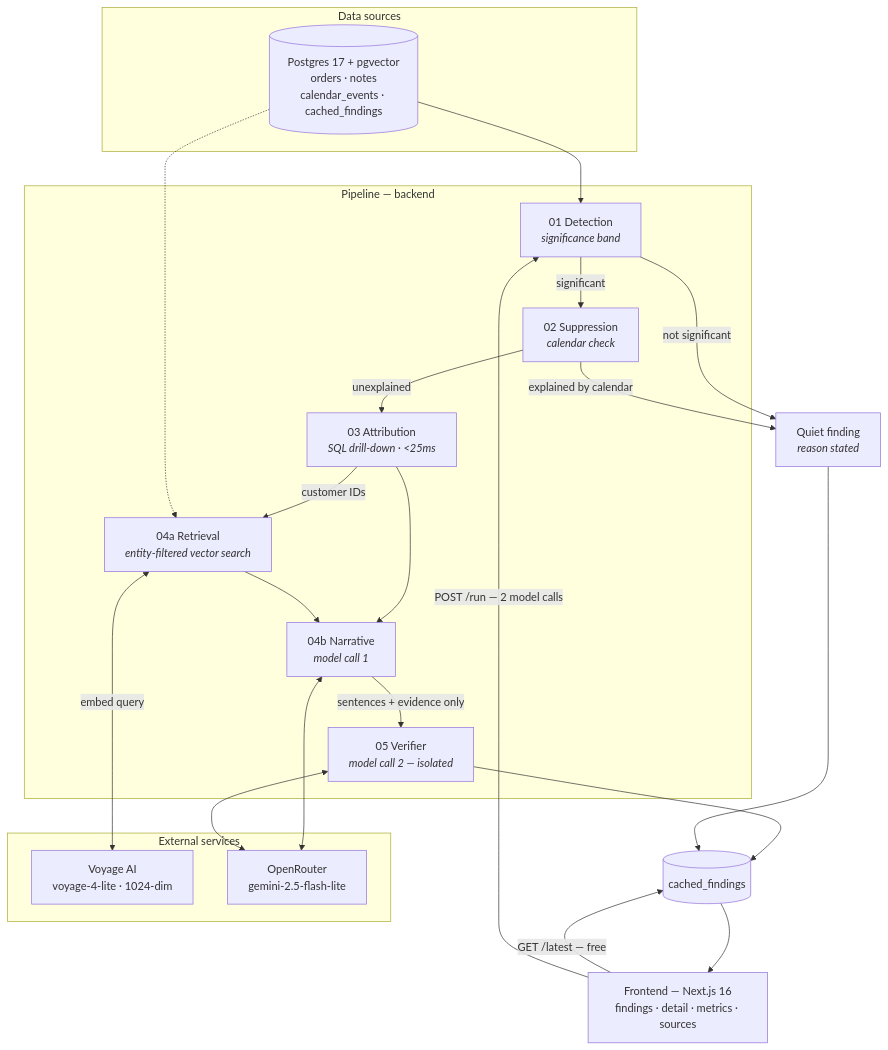
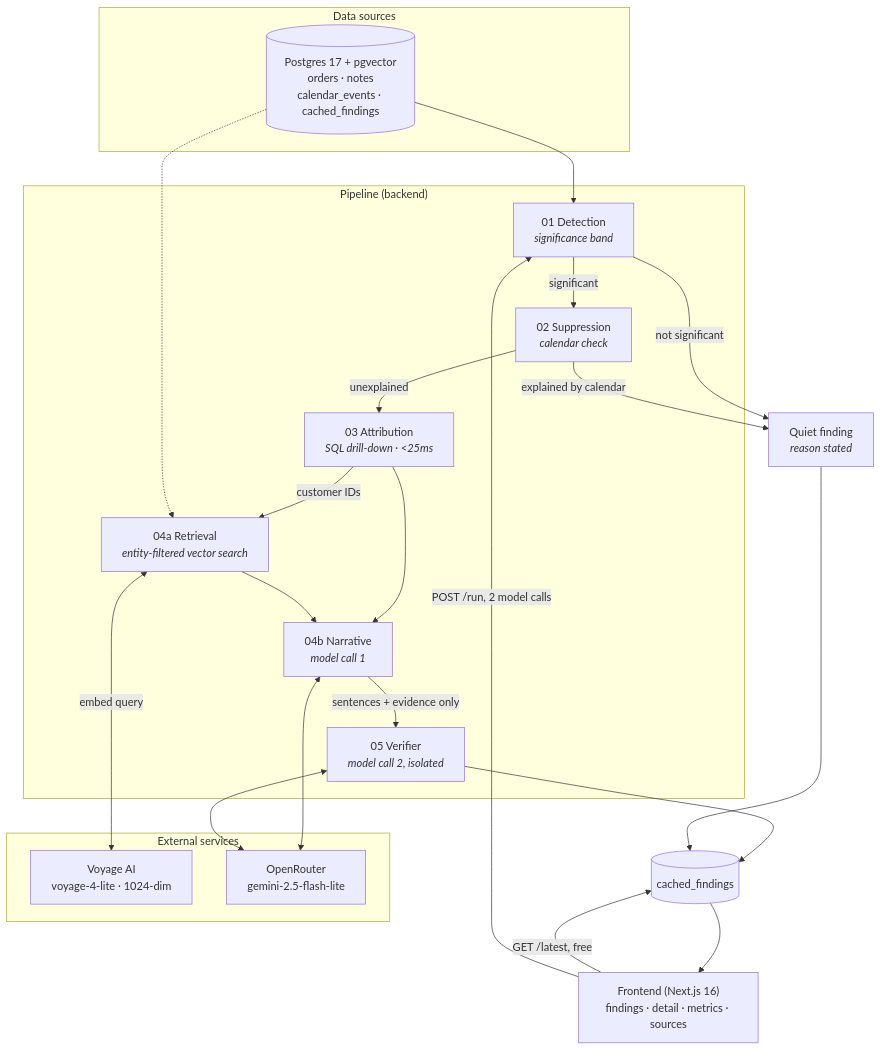
Before and after one commit to Because-ai/because.ai-backend: the diagram in README.md, drawn with Mermaid. The commit also changed other lines of this file, not shown here.

````diff
--- a/README.md
+++ b/README.md
@@ -114,41 +114,41 @@
 ```mermaid
 flowchart TD
     subgraph sources["Data sources"]
         PG[("Postgres 17 + pgvector<br/>orders · notes<br/>calendar_events · cached_findings")]
     end
 
-    subgraph pipeline["Pipeline — backend"]
+    subgraph pipeline["Pipeline (backend)"]
         D["01 Detection<br/><i>significance band</i>"]
         S["02 Suppression<br/><i>calendar check</i>"]
         A["03 Attribution<br/><i>SQL drill-down · &lt;25ms</i>"]
         R["04a Retrieval<br/><i>entity-filtered vector search</i>"]
         N["04b Narrative<br/><i>model call 1</i>"]
-        V["05 Verifier<br/><i>model call 2 — isolated</i>"]
+        V["05 Verifier<br/><i>model call 2, isolated</i>"]
     end
 
     subgraph external["External services"]
         VO["Voyage AI<br/>voyage-4-lite · 1024-dim"]
         OR["OpenRouter<br/>gemini-2.5-flash-lite"]
     end
 
-    UI["Frontend — Next.js 16<br/>findings · detail · metrics · sources"]
+    UI["Frontend (Next.js 16)<br/>findings · detail · metrics · sources"]
 
     PG --> D
     D -->|"not significant"| QUIET["Quiet finding<br/><i>reason stated</i>"]
     D -->|"significant"| S
     S -->|"explained by calendar"| QUIET
     S -->|"unexplained"| A
     A -->|"customer IDs"| R
     PG -.-> R
     R <-->|"embed query"| VO
     A --> N
     R --> N
     N <--> OR
     N -->|"sentences + evidence only"| V
     V <--> OR
     V --> CACHE[("cached_findings")]
     QUIET --> CACHE
     CACHE --> UI
-    UI -->|"GET /latest — free"| CACHE
-    UI -->|"POST /run — 2 model calls"| D
+    UI -->|"GET /latest, free"| CACHE
+    UI -->|"POST /run, 2 model calls"| D
 ```
````
